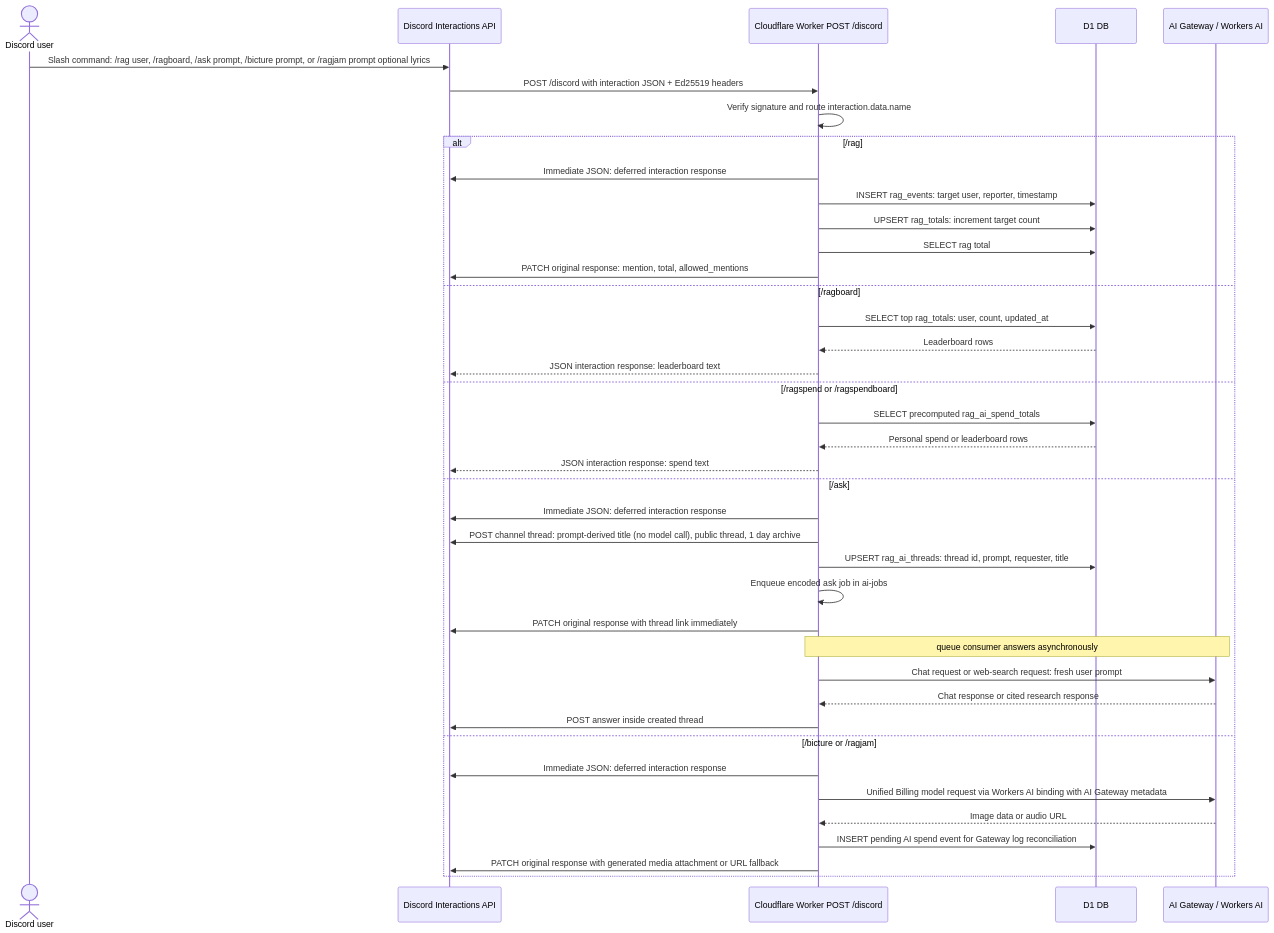
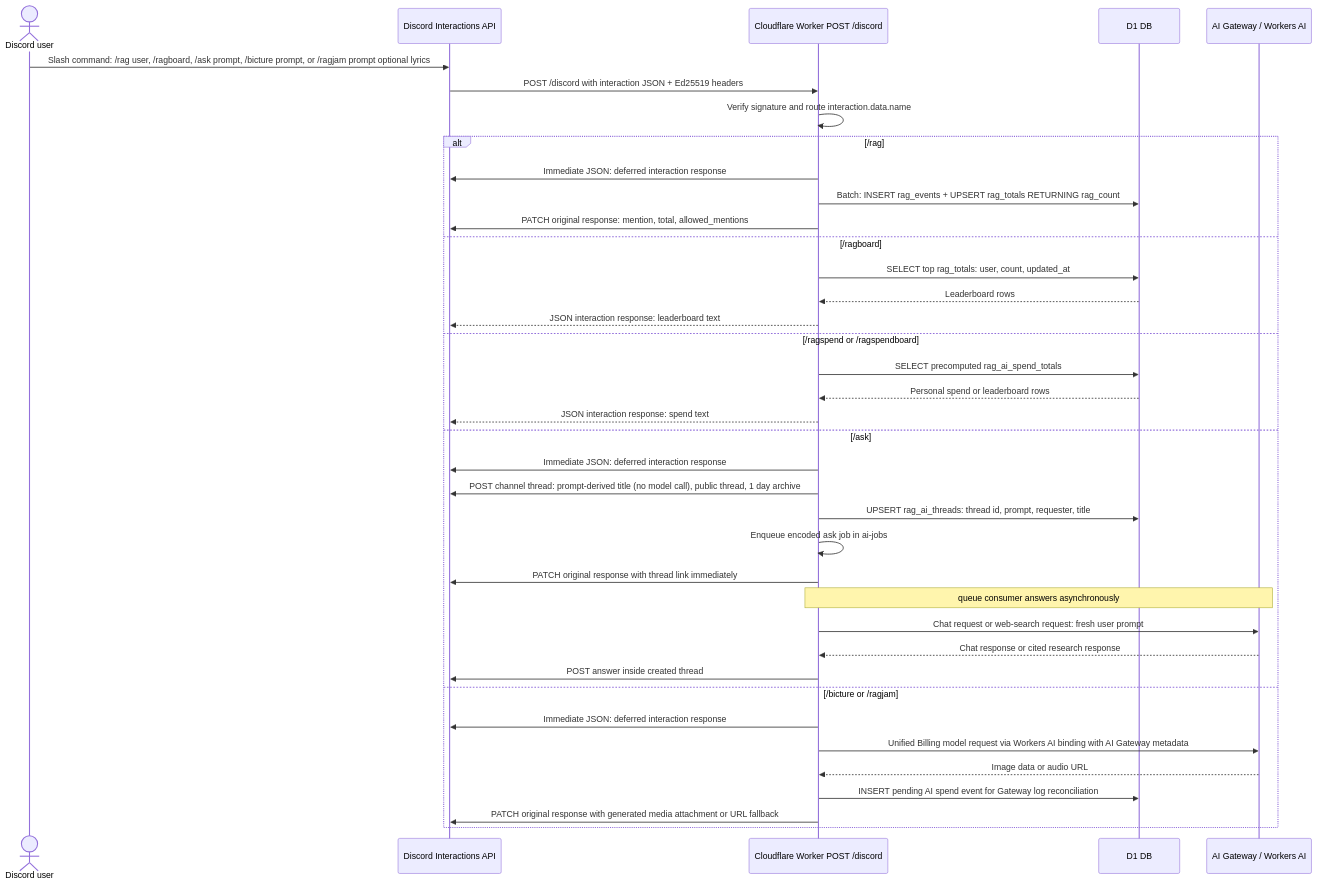
The second of 3 diagrams in README.md (jackm43/rag), drawn with Mermaid before and after one commit. The commit also changed other lines of this file and 3 other files, not shown here.

First line of the commit message:
Use RETURNING to drop redundant reads in rag commands

````diff
--- a/README.md
+++ b/README.md
@@ -56,44 +56,42 @@
 ```mermaid
 sequenceDiagram
   actor User as Discord user
   participant Discord as Discord Interactions API
   participant Worker as Cloudflare Worker POST /discord
   participant DB as D1 DB
   participant AI as AI Gateway / Workers AI
 
   User->>Discord: Slash command: /rag user, /ragboard, /ask prompt, /bicture prompt, or /ragjam prompt optional lyrics
   Discord->>Worker: POST /discord with interaction JSON + Ed25519 headers
   Worker->>Worker: Verify signature and route interaction.data.name
 
   alt /rag
     Worker->>Discord: Immediate JSON: deferred interaction response
-    Worker->>DB: INSERT rag_events: target user, reporter, timestamp
-    Worker->>DB: UPSERT rag_totals: increment target count
-    Worker->>DB: SELECT rag total
+    Worker->>DB: Batch: INSERT rag_events + UPSERT rag_totals RETURNING rag_count
     Worker->>Discord: PATCH original response: mention, total, allowed_mentions
   else /ragboard
     Worker->>DB: SELECT top rag_totals: user, count, updated_at
     DB-->>Worker: Leaderboard rows
     Worker-->>Discord: JSON interaction response: leaderboard text
   else /ragspend or /ragspendboard
     Worker->>DB: SELECT precomputed rag_ai_spend_totals
     DB-->>Worker: Personal spend or leaderboard rows
     Worker-->>Discord: JSON interaction response: spend text
   else /ask
     Worker->>Discord: Immediate JSON: deferred interaction response
     Worker->>Discord: POST channel thread: prompt-derived title (no model call), public thread, 1 day archive
     Worker->>DB: UPSERT rag_ai_threads: thread id, prompt, requester, title
     Worker->>Worker: Enqueue encoded ask job in ai-jobs
     Worker->>Discord: PATCH original response with thread link immediately
     Note over Worker,AI: queue consumer answers asynchronously
     Worker->>AI: Chat request or web-search request: fresh user prompt
     AI-->>Worker: Chat response or cited research response
     Worker->>Discord: POST answer inside created thread
   else /bicture or /ragjam
     Worker->>Discord: Immediate JSON: deferred interaction response
     Worker->>AI: Unified Billing model request via Workers AI binding with AI Gateway metadata
     AI-->>Worker: Image data or audio URL
     Worker->>DB: INSERT pending AI spend event for Gateway log reconciliation
     Worker->>Discord: PATCH original response with generated media attachment or URL fallback
   end
 ```
````
